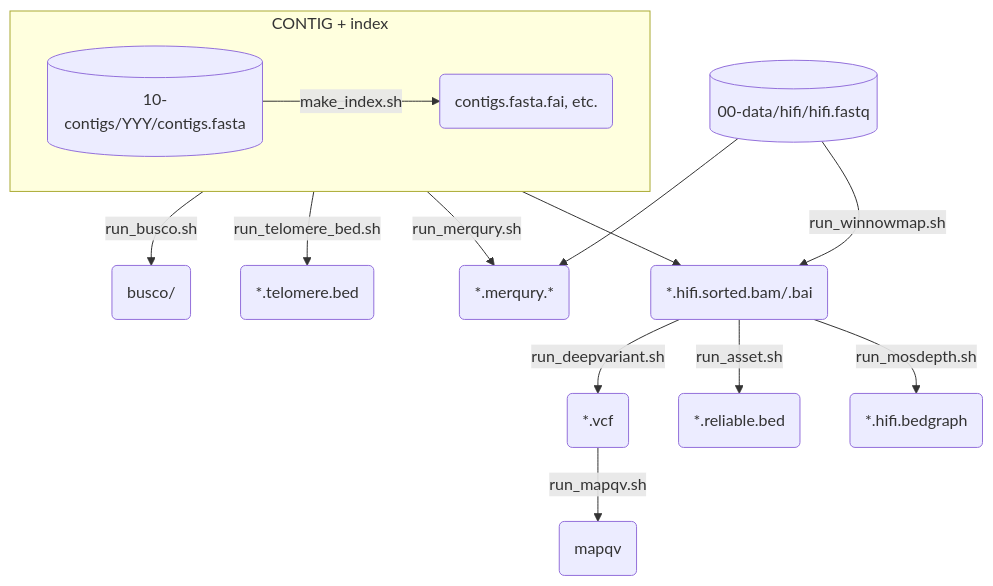
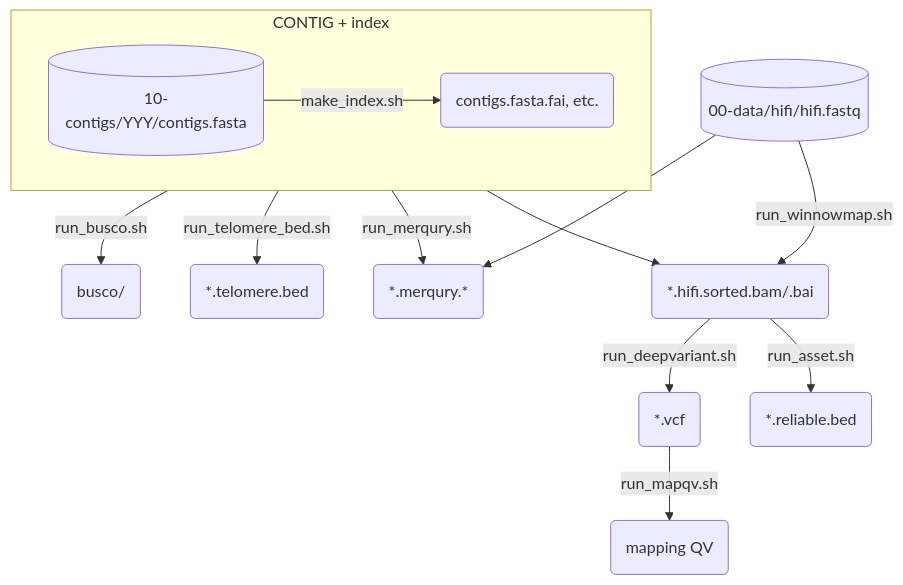
One commit to yoshihikosuzuki/ant-asm-workflow changed the diagram in asset/dependency-eval-contig.md. Above: the diagram before and after it, drawn with Mermaid. The commit also changed 39 other files, not shown here.

````diff
--- a/asset/dependency-eval-contig.md
+++ b/asset/dependency-eval-contig.md
@@ -1,38 +1,35 @@
 ```mermaid
 flowchart TD
 
 subgraph CONTIG ["CONTIG + index"]
 _CONTIG[(10-contigs/YYY/contigs.fasta)]
 INDEX("contigs.fasta.fai, etc.")
 _CONTIG -->|make_index.sh| INDEX
 end
 
 BUSCO(busco/)
 CONTIG -->|run_busco.sh| BUSCO
 
 TELOMERE(*.telomere.bed)
 CONTIG -->|run_telomere_bed.sh| TELOMERE
 
 HIFI[(00-data/hifi/hifi.fastq)]
 
 MERQURY(*.merqury.*)
 CONTIG -->|run_merqury.sh| MERQURY
 HIFI --> MERQURY
 
 WINNOWMAP("*.hifi.sorted.bam/.bai")
 CONTIG --> WINNOWMAP
 HIFI -->|run_winnowmap.sh| WINNOWMAP
 
 DEEPVARIANT(*.vcf)
 WINNOWMAP-->|run_deepvariant.sh| DEEPVARIANT
 
-MAPQV(mapqv)
+MAPQV(mapping QV)
 DEEPVARIANT -->|run_mapqv.sh| MAPQV
 
 ASSET(*.reliable.bed)
 WINNOWMAP -->|run_asset.sh| ASSET
 
-MOSDEPTH(*.hifi.bedgraph)
-WINNOWMAP -->|run_mosdepth.sh| MOSDEPTH
-
 ```
````
